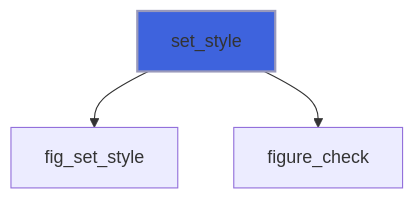
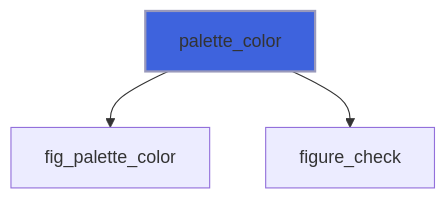
Before and after one commit to szaghi/figure: the seventh of 31 diagrams in docs/api/src/lib/figure_app.md, drawn with Mermaid. The commit also changed other lines of this file and 3 other files, not shown here.

````diff
--- a/docs/api/src/lib/figure_app.md
+++ b/docs/api/src/lib/figure_app.md
@@ -278,6 +329,6 @@
 ```mermaid
 flowchart TD
-  set_style["set_style"] --> fig_set_style["fig_set_style"]
-  set_style["set_style"] --> figure_check["figure_check"]
-  style set_style fill:#3e63dd,stroke:#99b,stroke-width:2px
+  palette_color["palette_color"] --> fig_palette_color["fig_palette_color"]
+  palette_color["palette_color"] --> figure_check["figure_check"]
+  style palette_color fill:#3e63dd,stroke:#99b,stroke-width:2px
 ```
````
